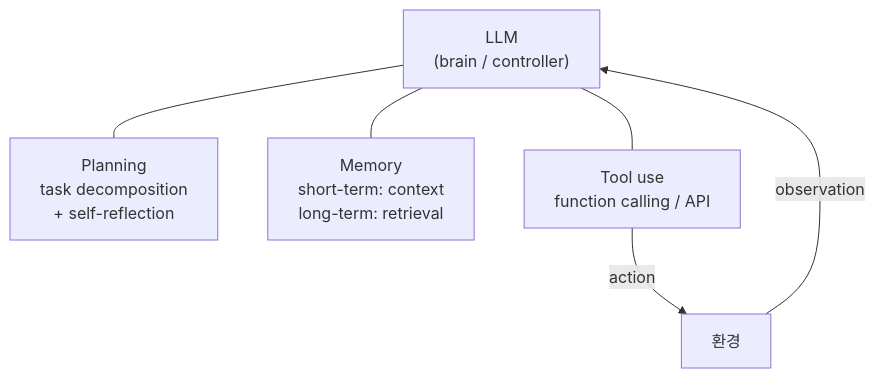
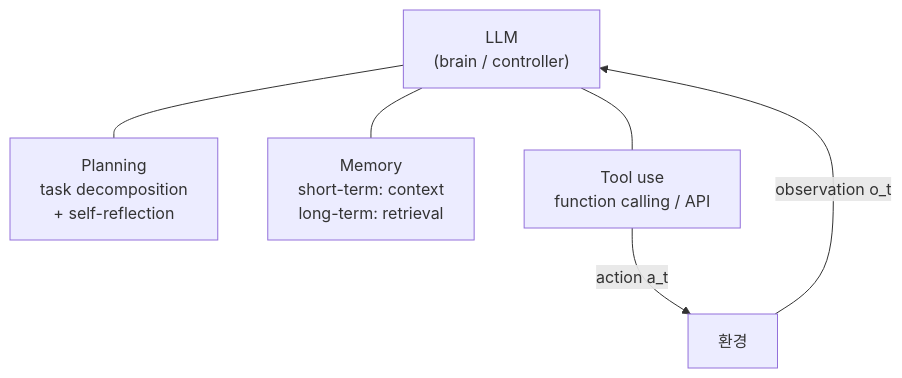
One commit to wonbeomjang/wonbeomjang.github.io changed the ninth of 13 diagrams in _posts/2026-05-20-what-is-an-agent.md. Above: the diagram before and after it, drawn with Mermaid. The commit also changed other lines of this file, not shown here.

````diff
--- a/_posts/2026-05-20-what-is-an-agent.md
+++ b/_posts/2026-05-20-what-is-an-agent.md
@@ -210,9 +310,9 @@
 ```mermaid
 graph TD
     LLM["LLM<br/>(brain / controller)"]
     LLM --- PLAN["Planning<br/>task decomposition<br/>+ self-reflection"]
     LLM --- MEM["Memory<br/>short-term: context<br/>long-term: retrieval"]
     LLM --- TOOL["Tool use<br/>function calling / API"]
-    TOOL -->|"action"| ENV["환경"]
-    ENV -->|"observation"| LLM
+    TOOL -->|"action a_t"| ENV["환경"]
+    ENV -->|"observation o_t"| LLM
 ```
````
